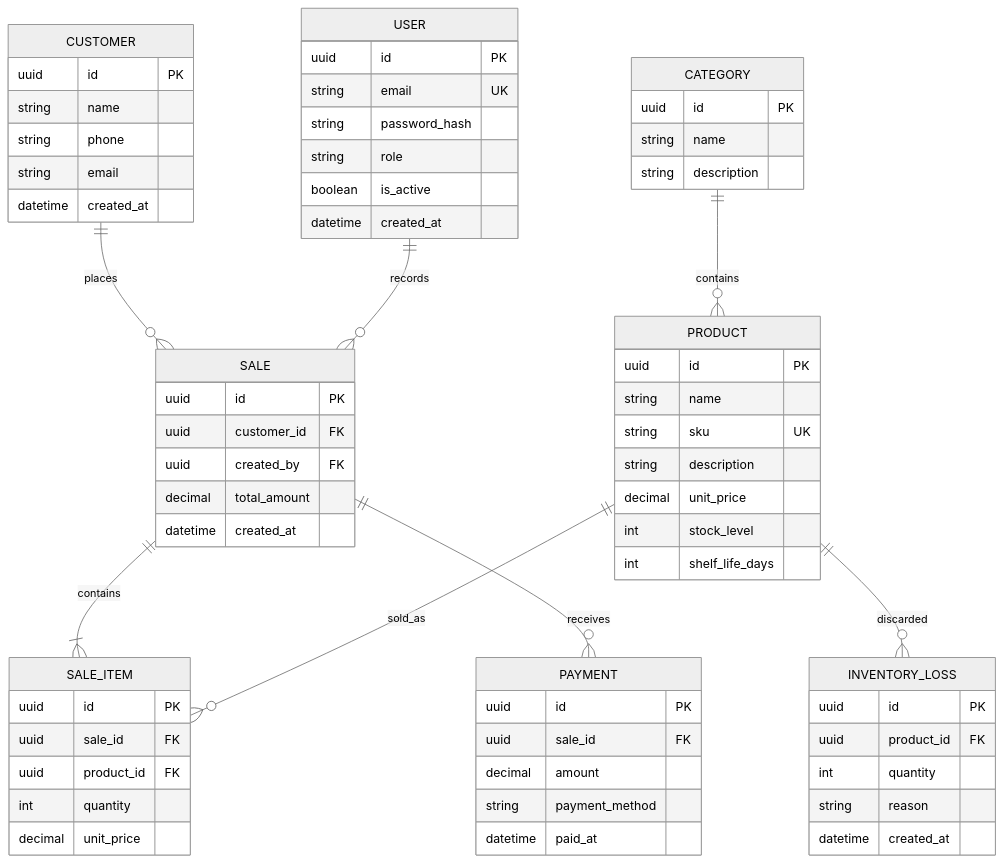
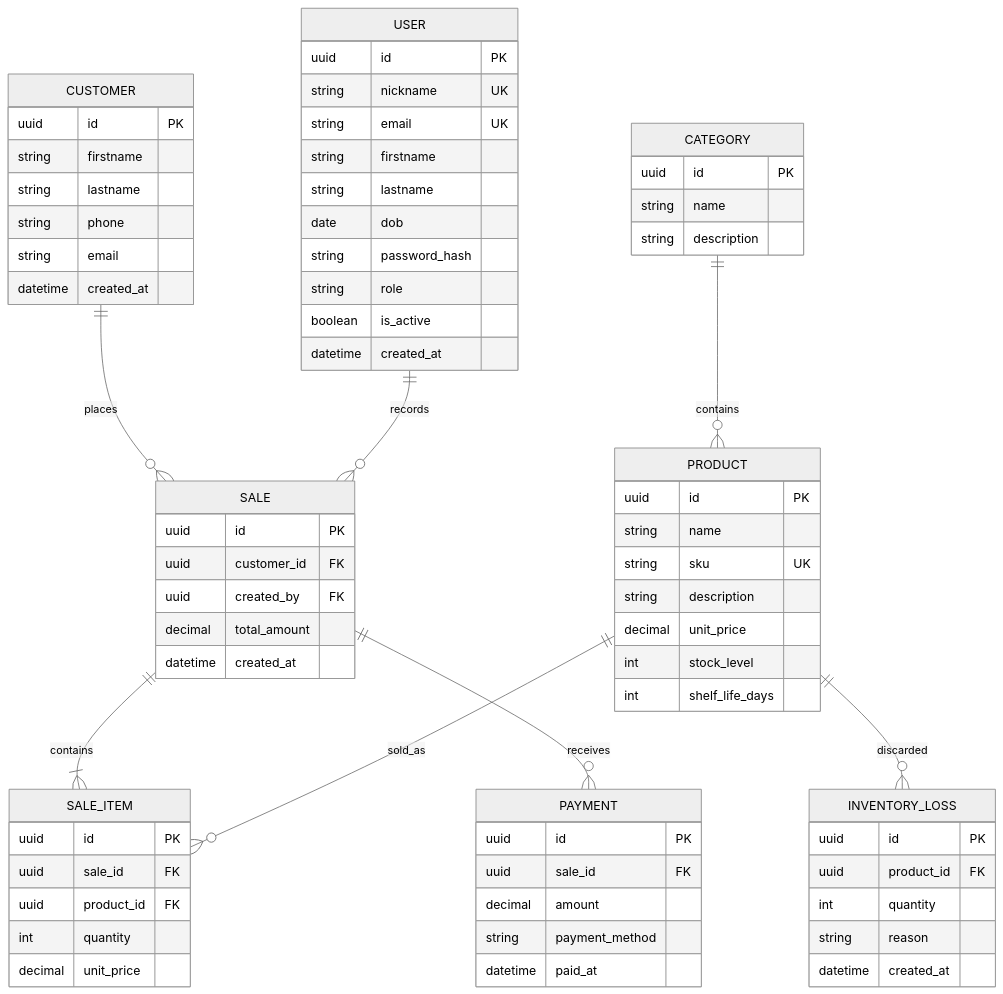
Before and after one commit to kiskaadee/bitetrack-api: the diagram in docs/database.md, drawn with Mermaid (neutral theme). The commit also changed 6 other files, not shown here.

First line of the commit message:
feat(auth): establish initial user registration flow

```diff
--- a/docs/database.md
+++ b/docs/database.md
@@ -7,7 +7,11 @@
 
 USER {
     uuid id PK
+    string nickname UK
     string email UK
+    string firstname
+    string lastname
+    date dob
     string password_hash
     string role
     boolean is_active
@@ -16,7 +20,8 @@
 
 CUSTOMER {
     uuid id PK
-    string name
+    string firstname
+    string lastname
     string phone
     string email
     datetime created_at
```
